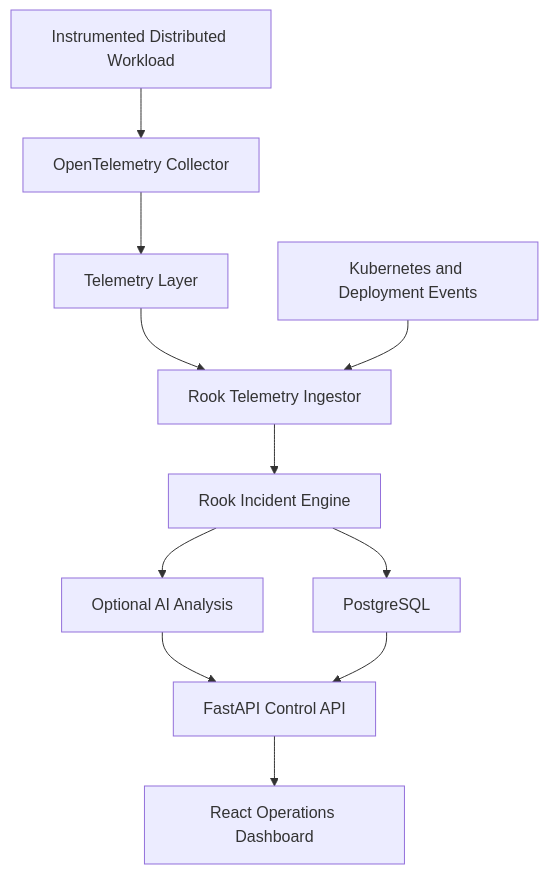
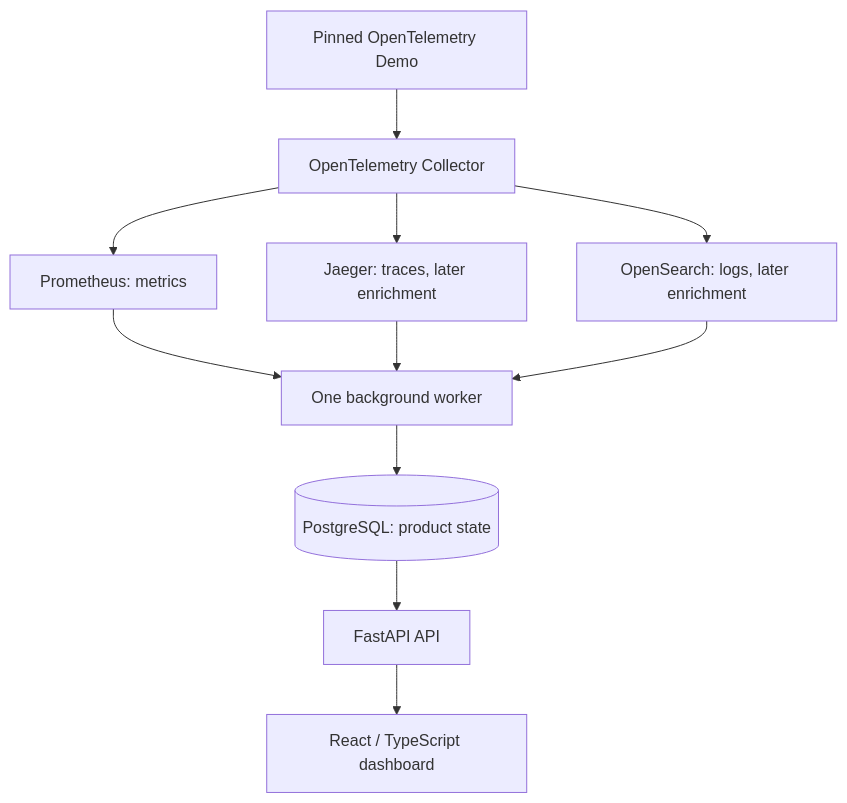
Before and after one commit to sreesaj1-arch/rook-platform: the diagram in README.md, drawn with Mermaid. The commit also changed other lines of this file and 9 other files, not shown here.

Commit message:
docs: define Rook V1 architecture and decisions (#2)

````diff
--- a/README.md
+++ b/README.md
@@ -51,24 +53,13 @@
 ```mermaid
 flowchart TD
-    W["Instrumented Distributed Workload"]
-    O["OpenTelemetry Collector"]
-    T["Telemetry Layer"]
-    K["Kubernetes and Deployment Events"]
-    I["Rook Telemetry Ingestor"]
-    E["Rook Incident Engine"]
-    D["PostgreSQL"]
-    A["FastAPI Control API"]
-    U["React Operations Dashboard"]
-    X["Optional AI Analysis"]
-
-    W --> O
-    O --> T
-    T --> I
-    K --> I
-    I --> E
-    E --> D
-    E --> X
-    X --> A
-    D --> A
-    A --> U
+    W["Pinned OpenTelemetry Demo"] --> O["OpenTelemetry Collector"]
+    O --> P["Prometheus: metrics"]
+    O --> J["Jaeger: traces, later enrichment"]
+    O --> L["OpenSearch: logs, later enrichment"]
+    P --> B["One background worker"]
+    J --> B
+    L --> B
+    B --> D[("PostgreSQL: product state")]
+    D --> A["FastAPI API"]
+    A --> U["React / TypeScript dashboard"]
 ```
````
